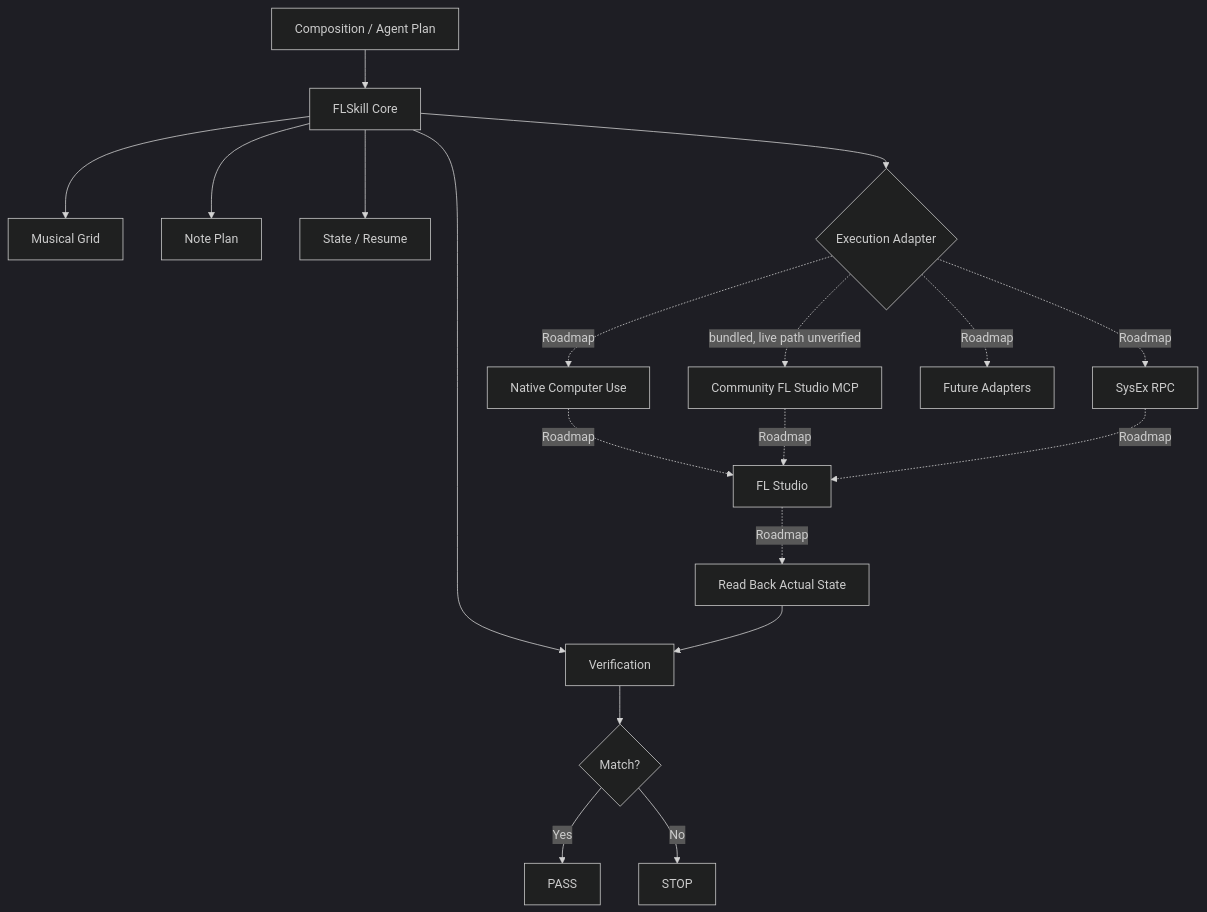
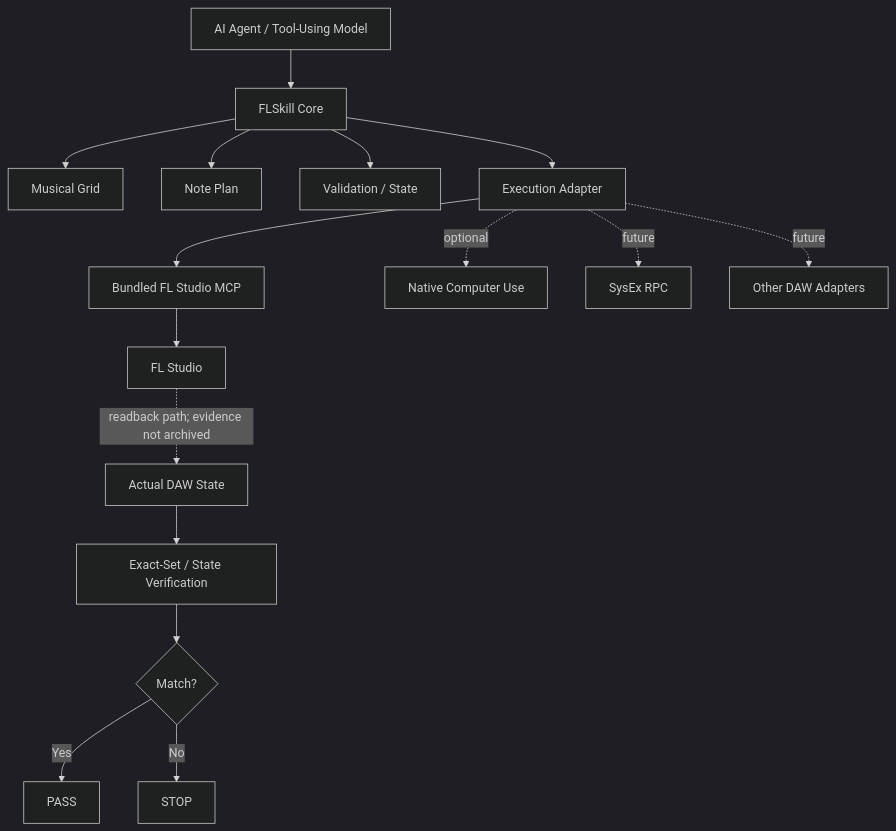
One commit to ryurikoneko/DAWLoop changed the diagram in README.md. Above: the diagram before and after it, drawn with Mermaid (dark theme). The commit also changed other lines of this file and 12 other files, not shown here.

````diff
--- a/README.md
+++ b/README.md
@@ -29,21 +45,18 @@
 ```mermaid
 flowchart TD
-    A[Composition / Agent Plan] --> B[FLSkill Core]
+    A[AI Agent / Tool-Using Model] --> B[FLSkill Core]
     B --> C[Musical Grid]
     B --> D[Note Plan]
-    B --> E[Verification]
-    B --> F[State / Resume]
-    B --> G{Execution Adapter}
-    G -. Roadmap .-> H[Native Computer Use]
-    G -. bundled, live path unverified .-> I[Community FL Studio MCP]
-    G -. Roadmap .-> J[SysEx RPC]
-    G -. Roadmap .-> K[Future Adapters]
-    H -. Roadmap .-> L[FL Studio]
-    I -. Roadmap .-> L
-    J -. Roadmap .-> L
-    L -. Roadmap .-> M[Read Back Actual State]
-    M --> E
-    E --> N{Match?}
+    B --> E[Validation / State]
+    B --> F[Execution Adapter]
+    F --> G[Bundled FL Studio MCP]
+    F -. optional .-> H[Native Computer Use]
+    F -. future .-> I[SysEx RPC]
+    F -. future .-> J[Other DAW Adapters]
+    G --> K[FL Studio]
+    K -. readback path; evidence not archived .-> L[Actual DAW State]
+    L --> M[Exact-Set / State Verification]
+    M --> N{Match?}
     N -->|Yes| O[PASS]
     N -->|No| P[STOP]
 ```
````
